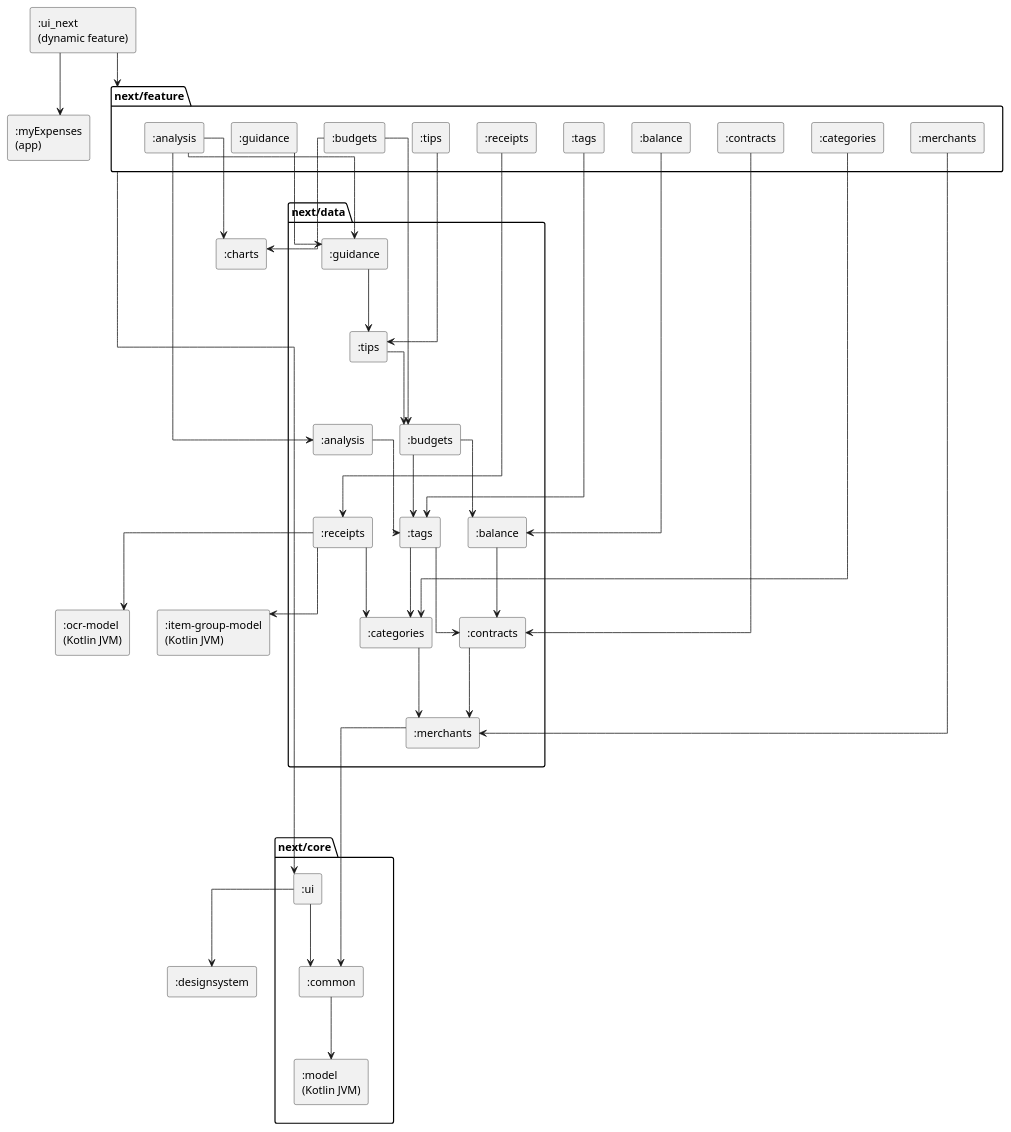
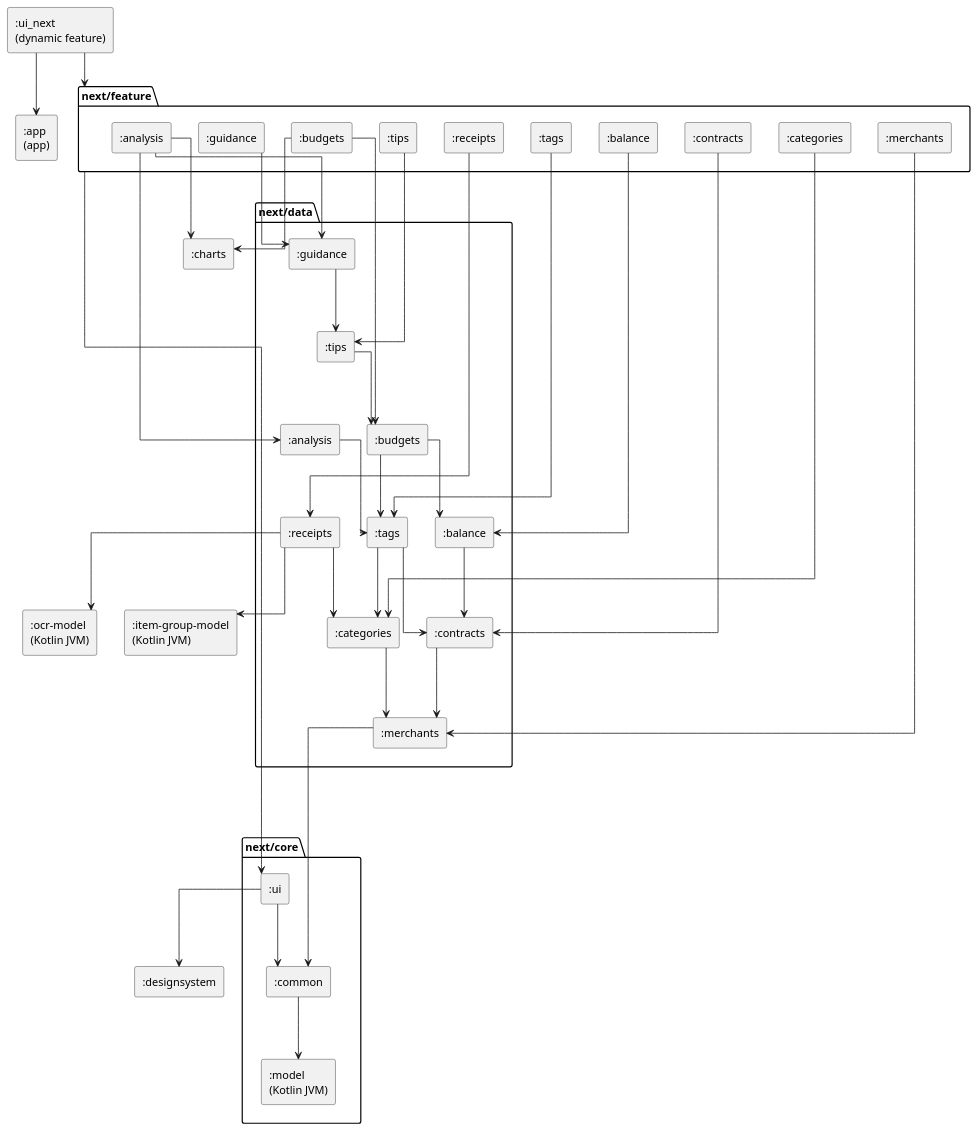
Before and after one commit to castn/MyExpenses: the diagram in ui_next/modules.puml, drawn with PlantUML. The commit also changed 22 other files, not shown here.

First line of the commit message:
Build the app in :app and turn :myExpenses into a library

```diff
--- a/ui_next/modules.puml
+++ b/ui_next/modules.puml
@@ -1,87 +1,87 @@
 @startuml modules
 ' Generated by the task moduleGraph of build-logic (ModuleGraphPlugin), do not edit.
 ' Dependencies between the modules of the new UI, rule `mod-diagram` of ARCHITECTURE.md.
 ' An edge that follows from a longer path is left out.
 ' An edge from or to a package stands for an edge from or to every module in it.
 skinparam componentStyle rectangle
 skinparam linetype ortho
 skinparam ranksep 80
 top to bottom direction
 
+[:app\n(app)] as mApp
 [:charts] as mCharts
 [:designsystem] as mDesignsystem
 [:item-group-model\n(Kotlin JVM)] as mItemGroupModel
-[:myExpenses\n(app)] as mMyExpenses
 [:ocr-model\n(Kotlin JVM)] as mOcrModel
 [:ui_next\n(dynamic feature)] as mUiNext
 
 package "next/core" as pNextCore {
     [:common] as mNextCoreCommon
     [:model\n(Kotlin JVM)] as mNextCoreModel
     [:ui] as mNextCoreUi
 }
 
 package "next/data" as pNextData {
     [:analysis] as mNextDataAnalysis
     [:balance] as mNextDataBalance
     [:budgets] as mNextDataBudgets
     [:categories] as mNextDataCategories
     [:contracts] as mNextDataContracts
     [:guidance] as mNextDataGuidance
     [:merchants] as mNextDataMerchants
     [:receipts] as mNextDataReceipts
     [:tags] as mNextDataTags
     [:tips] as mNextDataTips
 }
 
 package "next/feature" as pNextFeature {
     [:analysis] as mNextFeatureAnalysis
     [:balance] as mNextFeatureBalance
     [:budgets] as mNextFeatureBudgets
     [:categories] as mNextFeatureCategories
     [:contracts] as mNextFeatureContracts
     [:guidance] as mNextFeatureGuidance
     [:merchants] as mNextFeatureMerchants
     [:receipts] as mNextFeatureReceipts
     [:tags] as mNextFeatureTags
     [:tips] as mNextFeatureTips
 }
 
 ' Layout only
 mNextDataMerchants -[hidden]--> pNextCore
 mNextFeatureTips -[hidden]--> pNextData
 
 mUiNext --> pNextFeature
 pNextFeature --> mNextCoreUi
 mNextCoreCommon --> mNextCoreModel
 mNextCoreUi --> mDesignsystem
 mNextCoreUi --> mNextCoreCommon
 mNextDataAnalysis --> mNextDataTags
 mNextDataBalance --> mNextDataContracts
 mNextDataBudgets --> mNextDataBalance
 mNextDataBudgets --> mNextDataTags
 mNextDataCategories --> mNextDataMerchants
 mNextDataContracts --> mNextDataMerchants
 mNextDataGuidance --> mNextDataTips
 mNextDataMerchants --> mNextCoreCommon
 mNextDataReceipts --> mItemGroupModel
 mNextDataReceipts --> mNextDataCategories
 mNextDataReceipts --> mOcrModel
 mNextDataTags --> mNextDataCategories
 mNextDataTags --> mNextDataContracts
 mNextDataTips --> mNextDataBudgets
 mNextFeatureAnalysis --> mCharts
 mNextFeatureAnalysis --> mNextDataAnalysis
 mNextFeatureAnalysis --> mNextDataGuidance
 mNextFeatureBalance --> mNextDataBalance
 mNextFeatureBudgets --> mCharts
 mNextFeatureBudgets --> mNextDataBudgets
 mNextFeatureCategories --> mNextDataCategories
 mNextFeatureContracts --> mNextDataContracts
 mNextFeatureGuidance --> mNextDataGuidance
 mNextFeatureMerchants --> mNextDataMerchants
 mNextFeatureReceipts --> mNextDataReceipts
 mNextFeatureTags --> mNextDataTags
 mNextFeatureTips --> mNextDataTips
-mUiNext --> mMyExpenses
+mUiNext --> mApp
 @enduml
```
